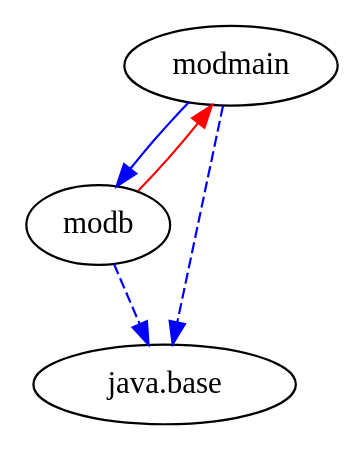
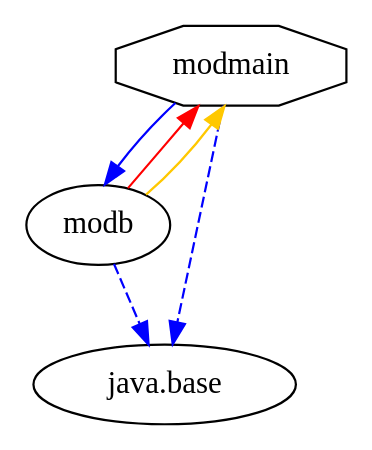
Before and after one commit to accso/java9-jigsaw-examples: the diagram in jigsaw-examples/example_reflection/moduledependencies.dot, drawn with Graphviz. The commit also changed 150 other files, not shown here.

Commit message:
Upgraded all Jigsaw examples to latest DepVis version 0.3

```diff
--- a/jigsaw-examples/example_reflection/moduledependencies.dot
+++ b/jigsaw-examples/example_reflection/moduledependencies.dot
@@ -1,10 +1,11 @@
-# Created by depvis.JigsawDepVisualizer on Tue Oct 10 15:14:29 CEST 2017
+# Created by depvis.JigsawDepVisualizer on Tue Oct 17 12:29:20 CEST 2017
 digraph Java9_Dependency_Visualizer {
-modmain[fontname="Consolas",shape="ellipse",label="modmain"];
+modmain[fontname="Consolas",shape="octagon",label="modmain"];
 modb[fontname="Consolas",shape="ellipse",label="modb"];
 java_base[fontname="Consolas",shape="ellipse",label="java.base"];
 modmain -> modb[color="#0000ff",fontname="Consolas",fontcolor="#0000ff",weight="8"]
 modmain -> java_base[color="#0000ff",fontname="Consolas",fontcolor="#0000ff",style="dashed",weight="16"]
 modb -> java_base[color="#0000ff",fontname="Consolas",fontcolor="#0000ff",style="dashed",weight="16"]
 modb -> modmain[fontname="Consolas",fontcolor="#ff0000",color="#ff0000",weight="2"]
+modb -> modmain[fontname="Consolas",fontcolor="#ffc800",color="#ffc800",weight="2"]
 }
```
